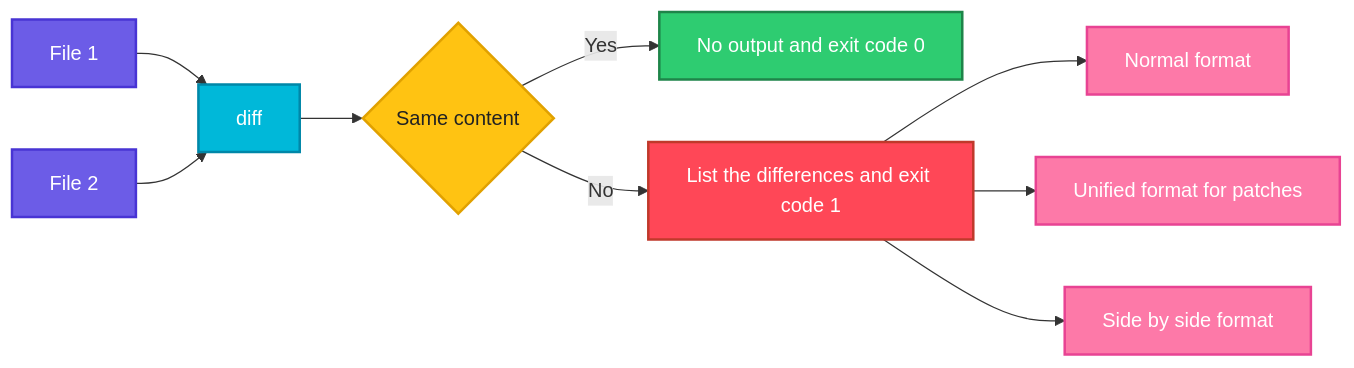
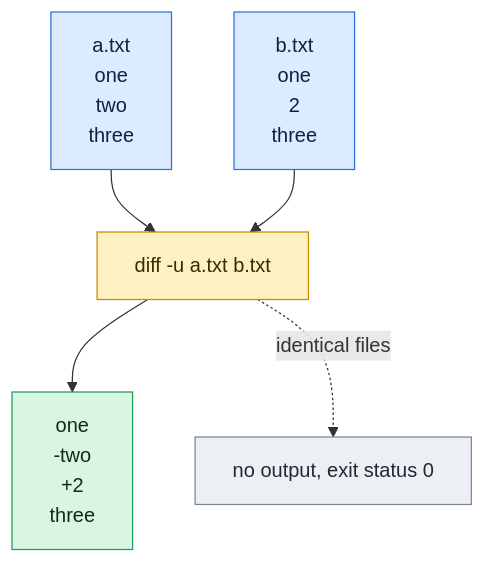
One commit to codeKerdosTech/DevOps-Documentation changed the diagram in linux/text-processing/diff.md. Above: the diagram before and after it, drawn with Mermaid. The commit also changed other lines of this file and 165 other files, not shown here.

Commit message:
updated diagrams in linux

````diff
--- a/linux/text-processing/diff.md
+++ b/linux/text-processing/diff.md
@@ -23,24 +23,16 @@
 ```mermaid
-flowchart LR
-    A[File 1] --> C[diff]
-    B[File 2] --> C
-    C --> D{Same content}
-    D -->|Yes| E[No output and exit code 0]
-    D -->|No| F[List the differences and exit code 1]
-    F --> G[Normal format]
-    F --> H[Unified format for patches]
-    F --> I[Side by side format]
-    classDef start fill:#6C5CE7,stroke:#4834D4,stroke-width:2px,color:#fff
-    classDef proc fill:#00B8D9,stroke:#0087A8,stroke-width:2px,color:#fff
-    classDef dec fill:#FFC312,stroke:#E1A100,stroke-width:2px,color:#222
-    classDef ok fill:#2ECC71,stroke:#1E8449,stroke-width:2px,color:#fff
-    classDef err fill:#FF4757,stroke:#C0392B,stroke-width:2px,color:#fff
-    classDef out fill:#FD79A8,stroke:#E84393,stroke-width:2px,color:#fff
-    classDef alt fill:#FF9F43,stroke:#E67E22,stroke-width:2px,color:#fff
-    class A,B start
-    class C proc
-    class D dec
-    class E ok
-    class F err
-    class G,H,I out
+flowchart TD
+    i1[a.txt<br/>one<br/>two<br/>three] --> c1[diff -u a.txt b.txt]
+    i2[b.txt<br/>one<br/>2<br/>three] --> c1
+    c1 --> o1[one<br/>-two<br/>+2<br/>three]
+    c1 -.->|identical files| n1[no output, exit status 0]
+    classDef inp fill:#DCEBFF,stroke:#2F6FDE,color:#10213F
+    classDef cmd fill:#FFF0C2,stroke:#C98A00,color:#3A2A00
+    classDef out fill:#D9F5E3,stroke:#1F9D55,color:#0B2E1A
+    classDef bad fill:#FDE0E0,stroke:#D13B3B,color:#4A0F0F
+    classDef note fill:#ECEFF3,stroke:#7B8794,color:#1F2933
+    class i1,i2 inp
+    class c1 cmd
+    class o1 out
+    class n1 note
 ```
````
